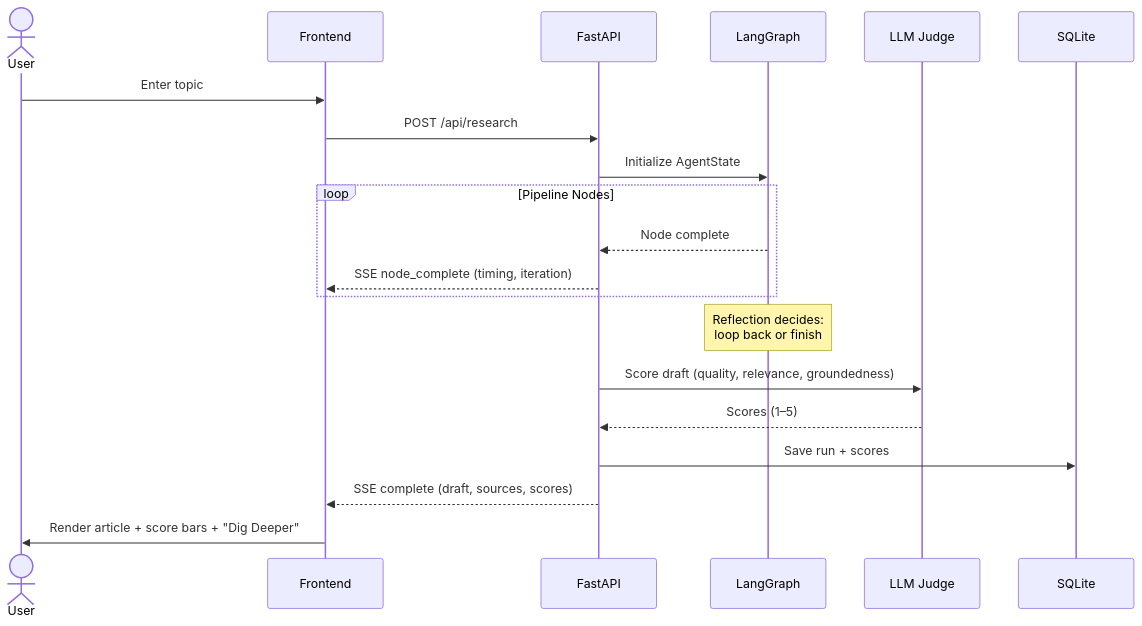
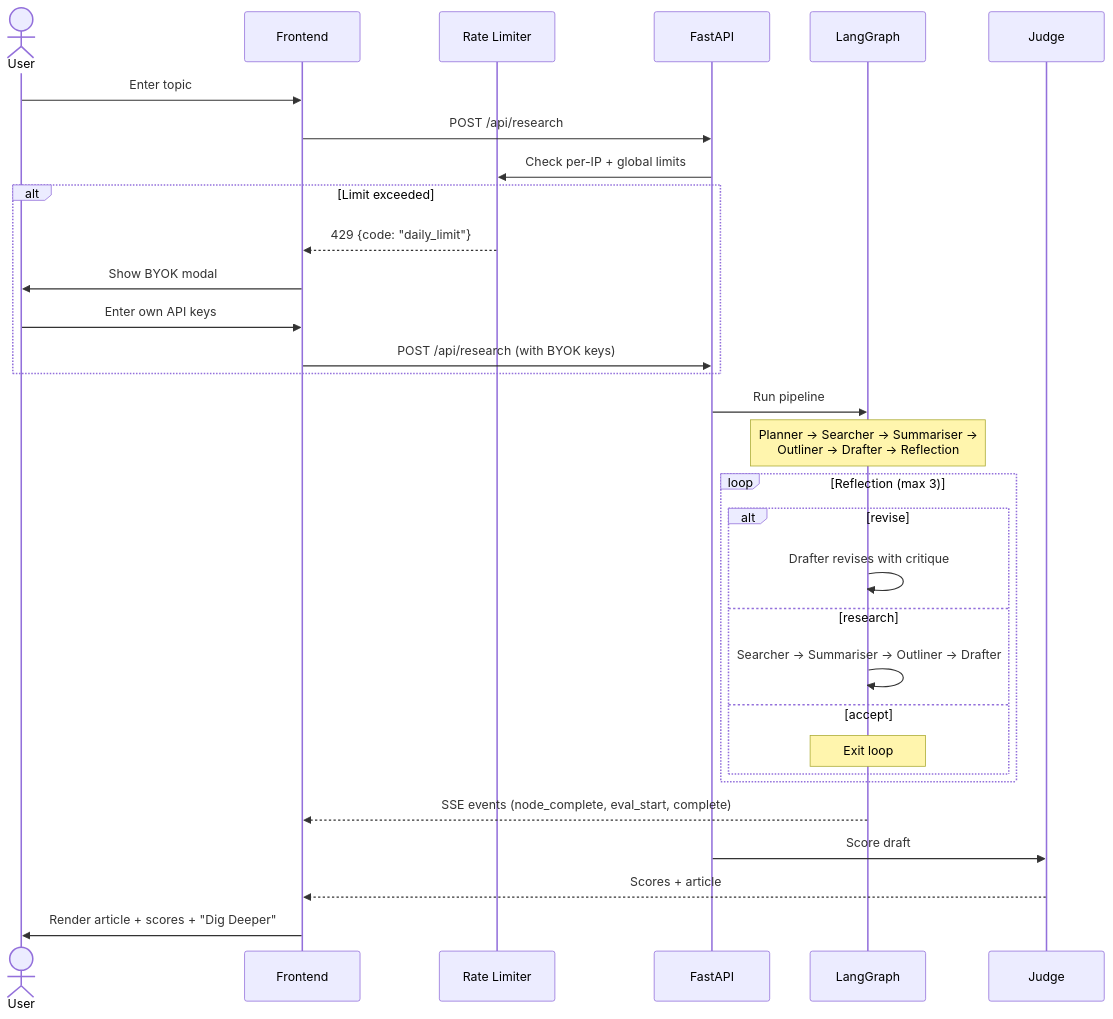
The third of 6 diagrams in README.md (valyndsilva/lumen), drawn with Mermaid before and after one commit. The commit also changed other lines of this file and 5 other files, not shown here.

````diff
--- a/README.md
+++ b/README.md
@@ -76,26 +132,37 @@
 ```mermaid
 sequenceDiagram
     actor User
     participant FE as Frontend
+    participant RL as Rate Limiter
     participant API as FastAPI
     participant Graph as LangGraph
-    participant Judge as LLM Judge
-    participant DB as SQLite
+    participant Judge as Judge
 
     User->>FE: Enter topic
     FE->>API: POST /api/research
-    API->>Graph: Initialize AgentState
+    API->>RL: Check per-IP + global limits
+    alt Limit exceeded
+        RL-->>FE: 429 {code: "daily_limit"}
+        FE->>User: Show BYOK modal
+        User->>FE: Enter own API keys
+        FE->>API: POST /api/research (with BYOK keys)
+    end
+    API->>Graph: Run pipeline
 
-    loop Pipeline Nodes
-        Graph-->>API: Node complete
-        API-->>FE: SSE node_complete (timing, iteration)
+    Note over Graph: Planner → Searcher → Summariser →<br/>Outliner → Drafter → Reflection
+
+    loop Reflection (max 3)
+        alt revise
+            Graph->>Graph: Drafter revises with critique
+        else research
+            Graph->>Graph: Searcher → Summariser → Outliner → Drafter
+        else accept
+            Note over Graph: Exit loop
+        end
     end
 
-    Note over Graph: Reflection decides:<br/>loop back or finish
-
-    API->>Judge: Score draft (quality, relevance, groundedness)
-    Judge-->>API: Scores (1–5)
-    API->>DB: Save run + scores
-    API-->>FE: SSE complete (draft, sources, scores)
-    FE->>User: Render article + score bars + "Dig Deeper"
+    Graph-->>FE: SSE events (node_complete, eval_start, complete)
+    API->>Judge: Score draft
+    Judge-->>FE: Scores + article
+    FE->>User: Render article + scores + "Dig Deeper"
 ```
````
